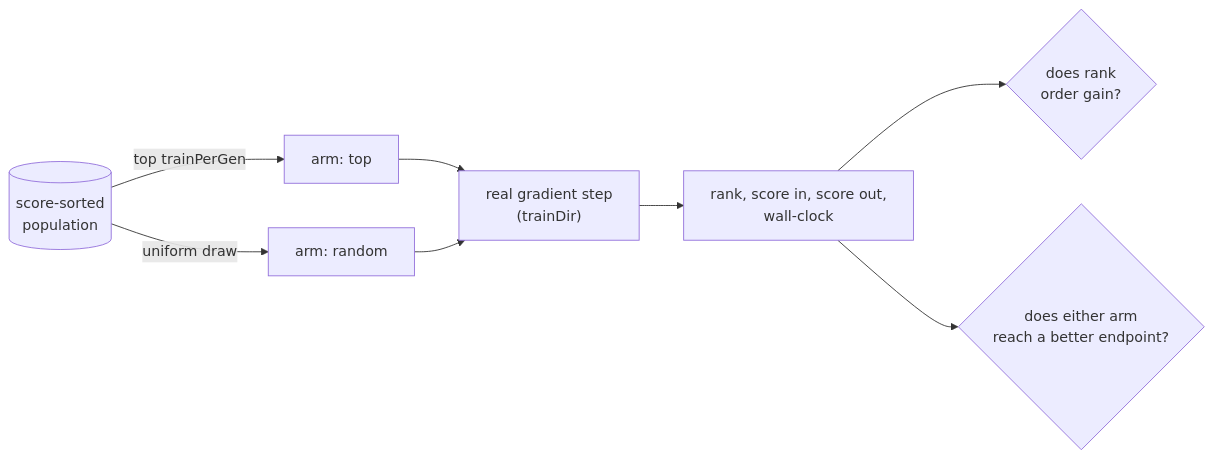
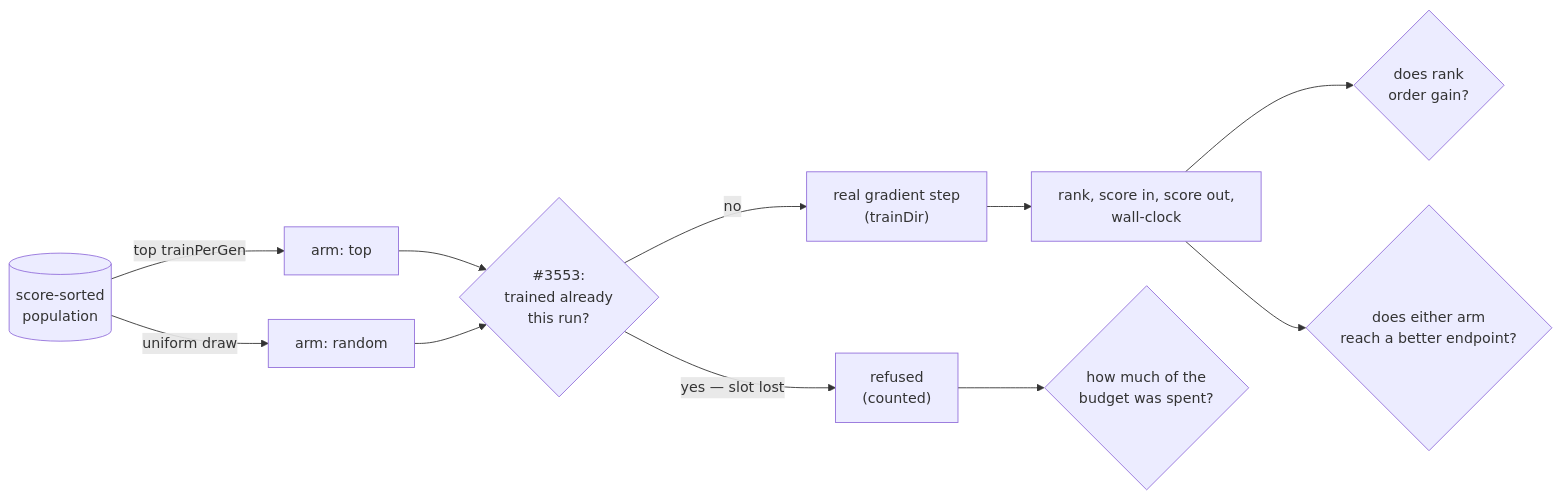
One commit to stSoftwareAU/NEAT-AI changed the diagram in docs/evidence/memetic-gain-3934.md. Above: the diagram before and after it, drawn with Mermaid. The commit also changed other lines of this file and 10 other files, not shown here.

````diff
--- a/docs/evidence/memetic-gain-3934.md
+++ b/docs/evidence/memetic-gain-3934.md
@@ -75,10 +87,13 @@
 ```mermaid
 flowchart LR
     P[("score-sorted<br/>population")] -->|"top trainPerGen"| T["arm: top"]
     P -->|"uniform draw"| R["arm: random"]
-    T --> G["real gradient step<br/>(trainDir)"]
-    R --> G
+    T --> Q{"#3553:<br/>trained already<br/>this run?"}
+    R --> Q
+    Q -->|"yes — slot lost"| X["refused<br/>(counted)"]
+    Q -->|"no"| G["real gradient step<br/>(trainDir)"]
     G --> M["rank, score in, score out,<br/>wall-clock"]
     M --> C{"does rank<br/>order gain?"}
     M --> E{"does either arm<br/>reach a better endpoint?"}
+    X --> B{"how much of the<br/>budget was spent?"}
 ```
````
